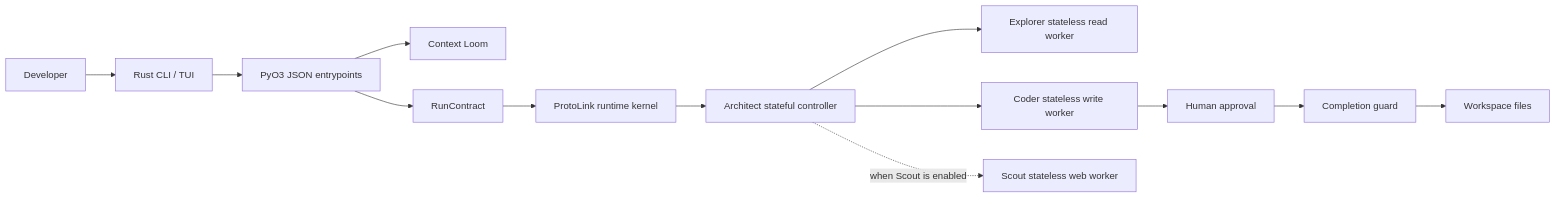
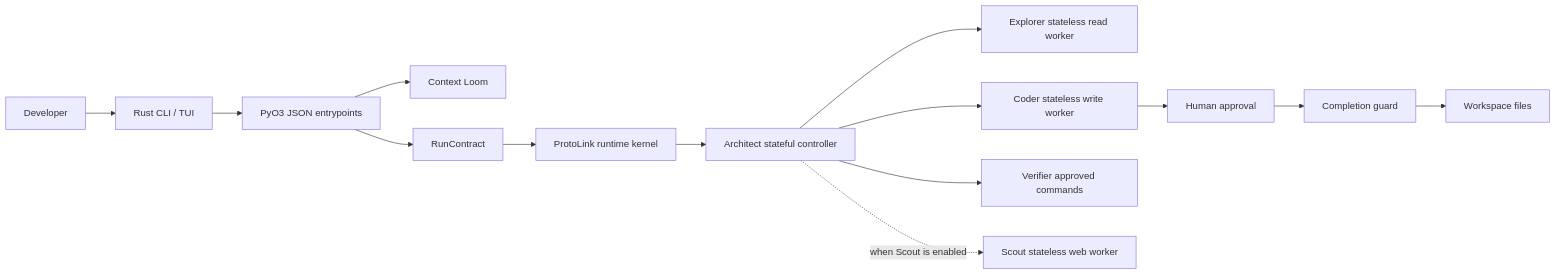
Before and after one commit to nMaroulis/protoagent: the diagram in docs/content/intro.md, drawn with Mermaid. The commit also changed other lines of this file and 69 other files, not shown here.

````diff
--- a/docs/content/intro.md
+++ b/docs/content/intro.md
@@ -52,15 +52,16 @@
 ```mermaid
 flowchart LR
   User["Developer"] --> CLI["Rust CLI / TUI"]
   CLI --> Core["PyO3 JSON entrypoints"]
   Core --> Loom["Context Loom"]
   Core --> Contract["RunContract"]
   Contract --> Runtime["ProtoLink runtime kernel"]
   Runtime --> Architect["Architect stateful controller"]
   Architect --> Explorer["Explorer stateless read worker"]
   Architect --> Coder["Coder stateless write worker"]
+  Architect --> Verifier["Verifier approved commands"]
   Architect -. "when Scout is enabled" .-> Scout["Scout stateless web worker"]
   Coder --> Approval["Human approval"]
   Approval --> Guard["Completion guard"]
   Guard --> Workspace["Workspace files"]
 ```
````
